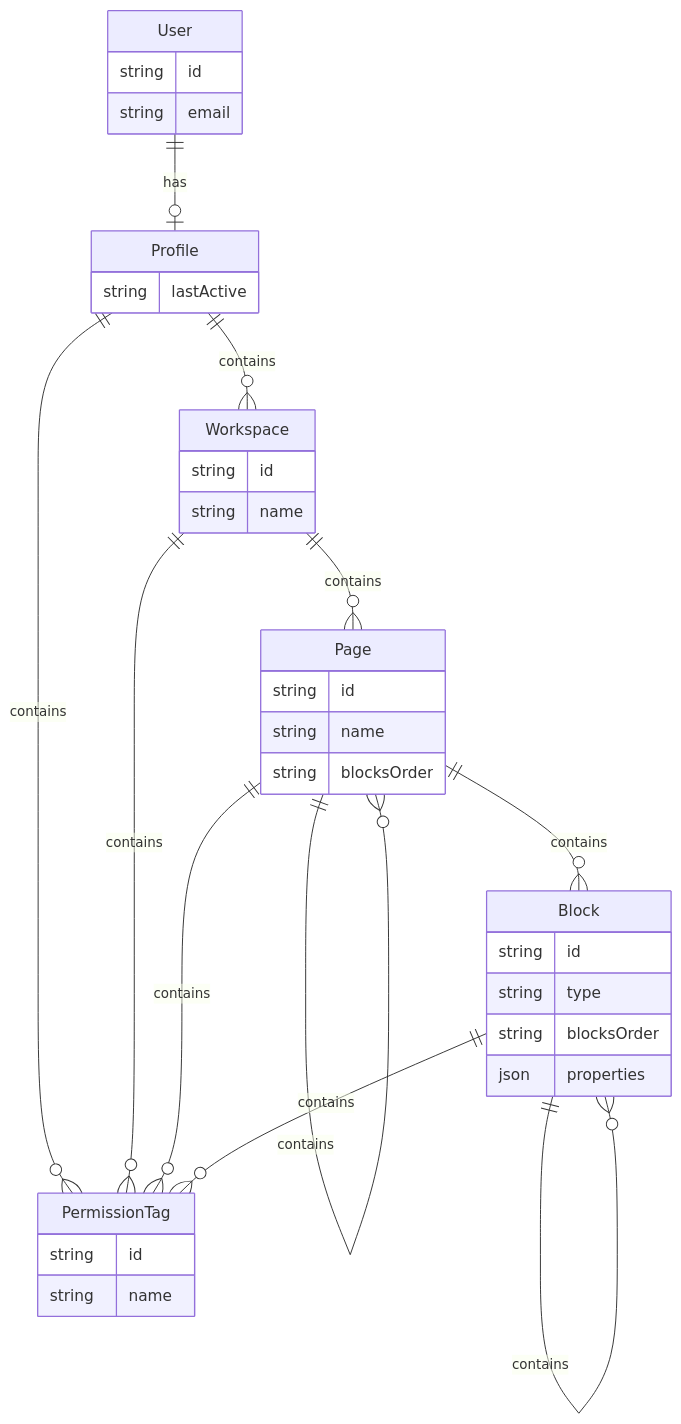
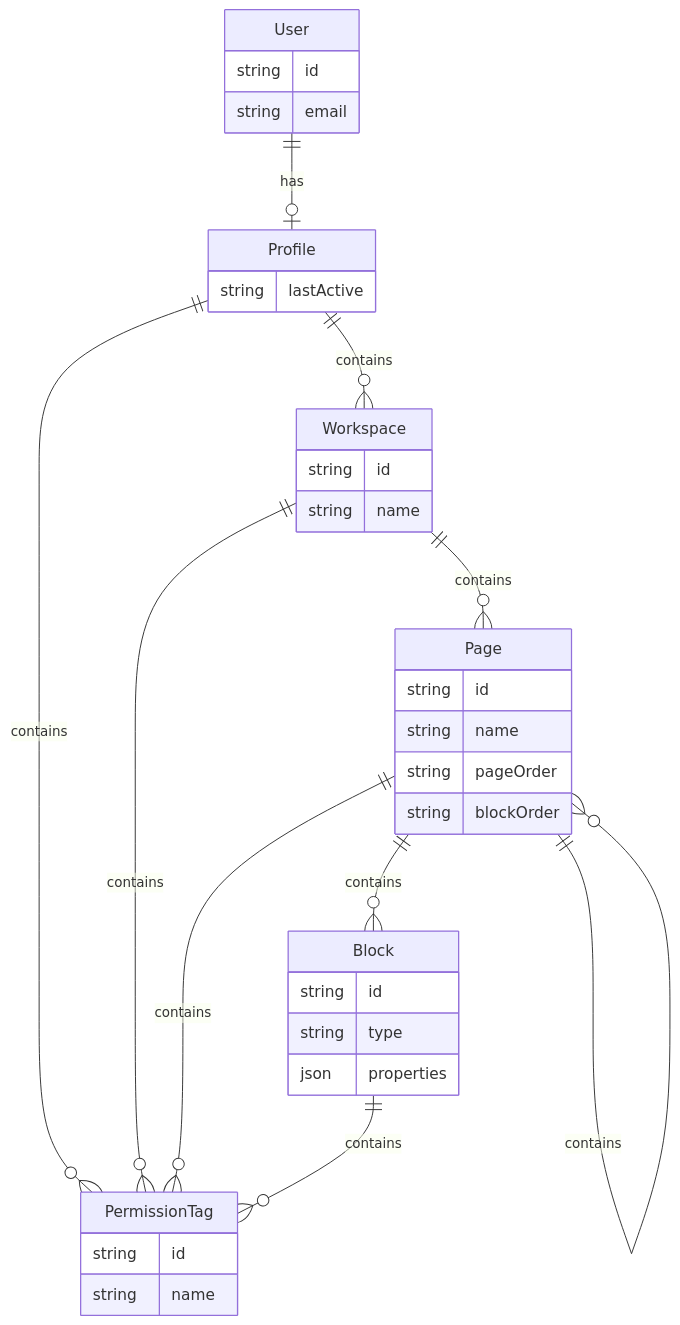
Before and after one commit to idealjs/chao-feng: the diagram in docs/er.md, drawn with Mermaid. The commit also changed 22 other files, not shown here.

````diff
--- a/docs/er.md
+++ b/docs/er.md
@@ -1,46 +1,45 @@
 ```mermaid
 erDiagram
 
 User {
 	string id
 	string email
 }
 
 Profile {
 	string lastActive
 }
 
 PermissionTag {
   string id
   string name
 }
 
 Workspace {
   string id
   string name
 }
 
 Page {
   string id
   string name
-  string blocksOrder
+  string pageOrder
+  string blockOrder
 }
 
 Block {
   string id
   string type
-  string blocksOrder
   json properties
 }
 
 User ||--o| Profile: has
 Profile ||--o{ Workspace : contains
 Profile ||--o{ PermissionTag : contains
 Workspace ||--o{ PermissionTag : contains
 Workspace ||--o{ Page : contains
 Page ||--o{ Block : contains
 Page ||--o{ Page : contains
 Page ||--o{ PermissionTag : contains
 Block ||--o{ PermissionTag : contains
-Block ||--o{ Block : contains
 ```
````
